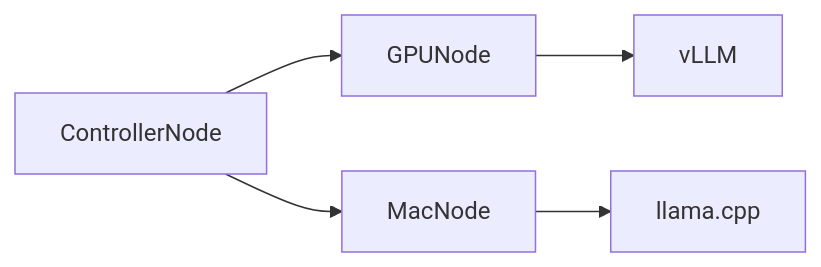
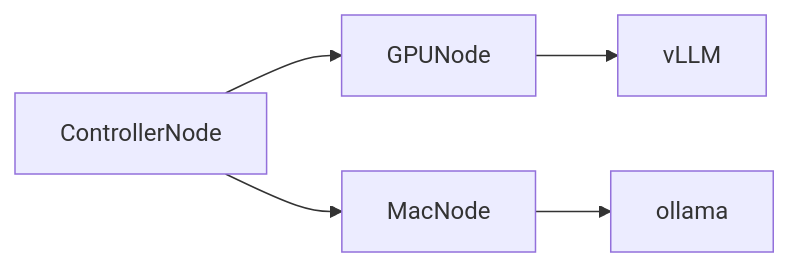
One commit to digital-michael/local-lab-ai-stack changed the third of 3 diagrams in docs/ai_stack_blueprint/ai_stack_architecture.md. Above: the diagram before and after it, drawn with Mermaid. The commit also changed other lines of this file and 11 other files, not shown here.

````diff
--- a/docs/ai_stack_blueprint/ai_stack_architecture.md
+++ b/docs/ai_stack_blueprint/ai_stack_architecture.md
@@ -224,9 +224,9 @@
 ```mermaid
 flowchart LR
 
 ControllerNode --> GPUNode
 ControllerNode --> MacNode
 
 GPUNode --> vLLM
-MacNode --> llama.cpp
+MacNode --> ollama
 ```
````
